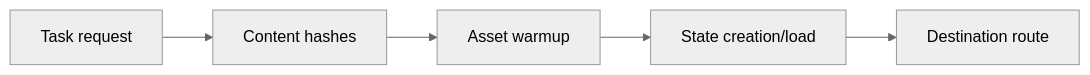
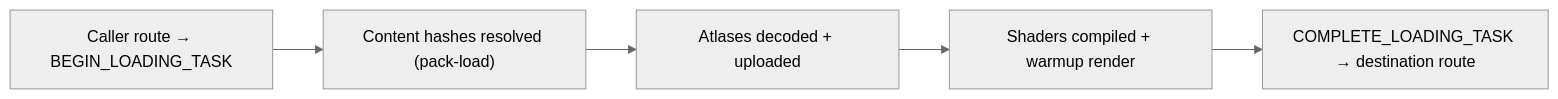
Before and after one commit to SunaNoOshiro/Heroes_Reforged_AI_Realms: the second of 5 diagrams in docs/architecture/wiki/screens/59-loading-screen/architecture.md, drawn with Mermaid (neutral theme). The commit also changed other lines of this file and 518 other files, not shown here.

First line of the commit message:
Add doc-audit skill and sweep architecture/screen docs

````diff
--- a/docs/architecture/wiki/screens/59-loading-screen/architecture.md
+++ b/docs/architecture/wiki/screens/59-loading-screen/architecture.md
@@ -32,8 +36,8 @@
 ```mermaid
 flowchart LR
-  L0["Task request"] --> L1
-  L1["Content hashes"] --> L2
-  L2["Asset warmup"] --> L3
-  L3["State creation/load"] --> L4
-  L4["Destination route"]
+  L0["Caller route → BEGIN_LOADING_TASK"] --> L1
+  L1["Content hashes resolved (pack-load)"] --> L2
+  L2["Atlases decoded + uploaded"] --> L3
+  L3["Shaders compiled + warmup render"] --> L4
+  L4["COMPLETE_LOADING_TASK → destination route"]
 ```
````
